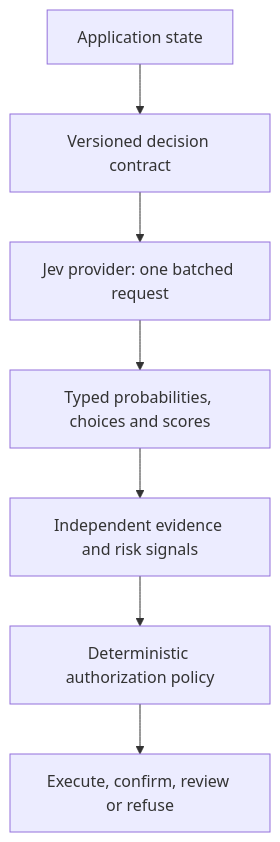
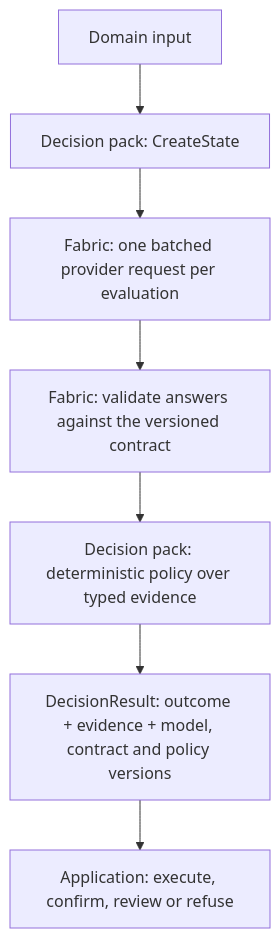
One commit to ghubnab99/jev-enterprise-decision-fabric changed the diagram in docs/architecture.md. Above: the diagram before and after it, drawn with Mermaid. The commit also changed other lines of this file and 2 other files, not shown here.

First line of the commit message:
docs: describe decision packs, fabric API and the second sample

````diff
--- a/docs/architecture.md
+++ b/docs/architecture.md
@@ -5,9 +5,9 @@
 ```mermaid
 flowchart TD
-    A[Application state] --> B[Versioned decision contract]
-    B --> C[Jev provider: one batched request]
-    C --> D[Typed probabilities, choices and scores]
-    D --> E[Independent evidence and risk signals]
-    E --> F[Deterministic authorization policy]
-    F --> G[Execute, confirm, review or refuse]
+    A[Domain input] --> B[Decision pack: CreateState]
+    B --> C[Fabric: one batched provider request per evaluation]
+    C --> D[Fabric: validate answers against the versioned contract]
+    D --> E[Decision pack: deterministic policy over typed evidence]
+    E --> F[DecisionResult: outcome + evidence + model, contract and policy versions]
+    F --> G[Application: execute, confirm, review or refuse]
 ```
````
